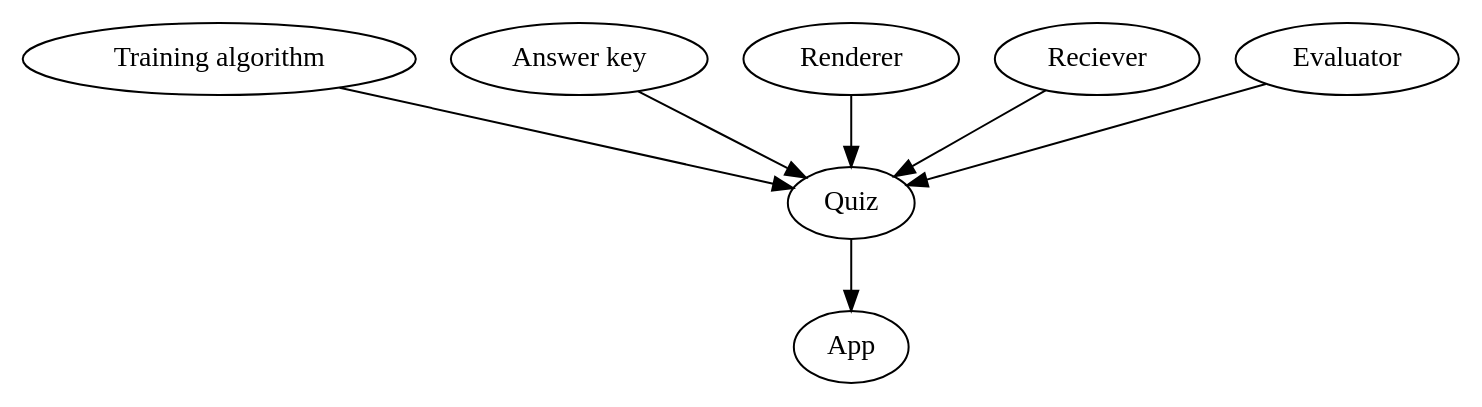
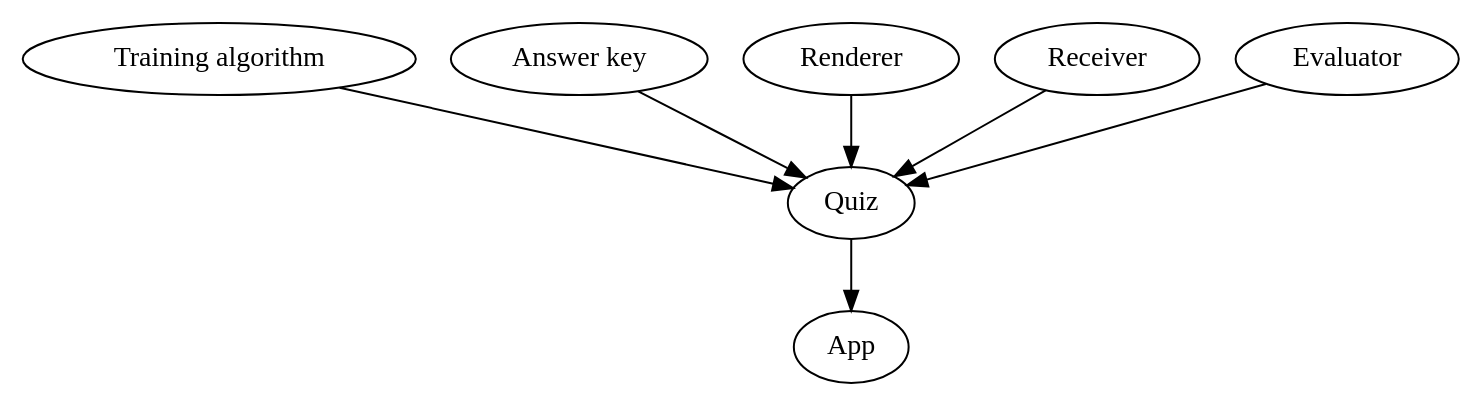
The diagram in Class Diagram.dot (keysmusician/memory_trainer), drawn with Graphviz before and after one commit. The commit also changed 16 other files, not shown here.

```diff
--- a/Class Diagram.dot
+++ b/Class Diagram.dot
@@ -1,13 +1,13 @@
 /**
  * Class diagram for Memory Trainer.
  **/
 digraph {
     // Independent nodes -> Dependent nodes
     "Training algorithm"
     "Quiz" -> "App"
     "Training algorithm" -> "Quiz"
     "Answer key" -> "Quiz"
     "Renderer" -> "Quiz"
-    "Reciever" -> "Quiz"
+    "Receiver" -> "Quiz"
     "Evaluator" -> "Quiz"
 }
```
